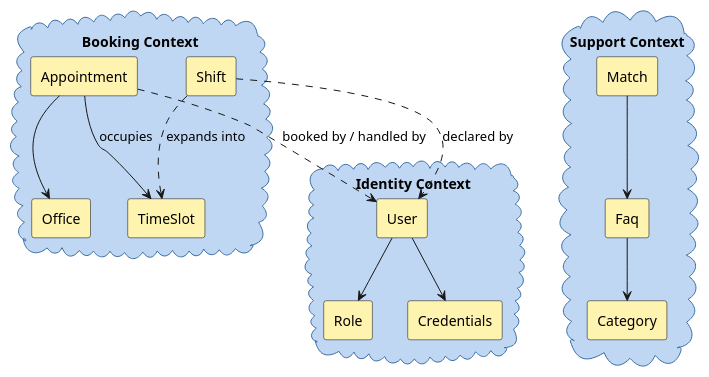
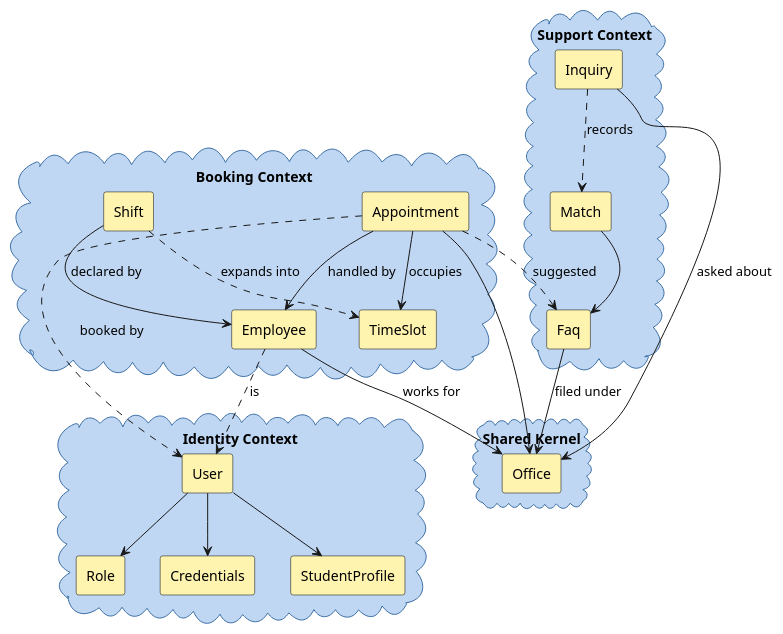
Before and after one commit to unibo-dtm-se-2526-PRONTO/report: the diagram in sections/03-design/assets/ddd.puml, drawn with PlantUML. The commit also changed 14 other files, not shown here.

```diff
--- a/sections/03-design/assets/ddd.puml
+++ b/sections/03-design/assets/ddd.puml
@@ -1,45 +1,57 @@
 @startuml domain-model
 skinparam packageStyle cloud
 skinparam shadowing false
 skinparam rectangle {
   BackgroundColor #FFF3B0
   BorderColor black
 }
 skinparam package {
   BackgroundColor #BFD7F2
   BorderColor #3A6EA5
   FontStyle bold
 }
 
+package "Shared Kernel" {
+  rectangle Office
+}
+
 package "Booking Context" {
   rectangle Appointment
   rectangle Shift
-  rectangle Office
+  rectangle Employee
   rectangle TimeSlot
 
   Shift ..> TimeSlot : expands into
   Appointment --> TimeSlot : occupies
-  Appointment --> Office
+  Appointment --> Employee : handled by
+  Shift --> Employee : declared by
 }
 
 package "Support Context" {
   rectangle Faq
-  rectangle Category
+  rectangle Inquiry
   rectangle Match
 
-  Faq --> Category
   Match --> Faq
+  Inquiry ..> Match : records
 }
 
 package "Identity Context" {
   rectangle User
   rectangle Role
   rectangle Credentials
+  rectangle StudentProfile
 
   User --> Role
   User --> Credentials
+  User --> StudentProfile
 }
 
-Appointment ..> User : booked by / handled by
-Shift ..> User : declared by
+Appointment --> Office
+Employee --> Office : works for
+Faq --> Office : filed under
+Inquiry --> Office : asked about
+Appointment ..> Faq : suggested
+Appointment ..> User : booked by
+Employee ..> User : is
 @enduml
```
